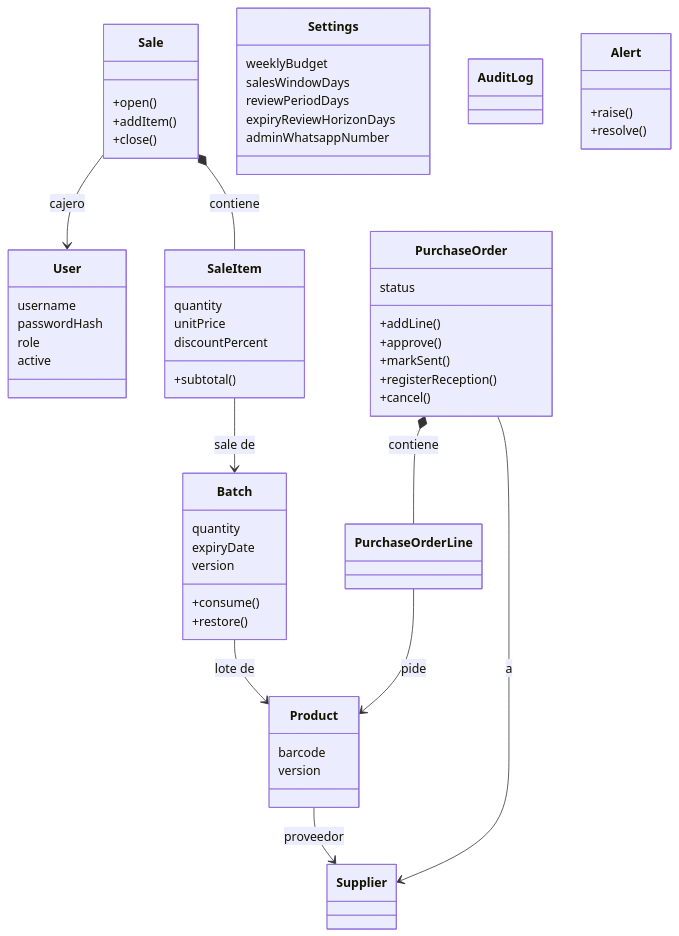
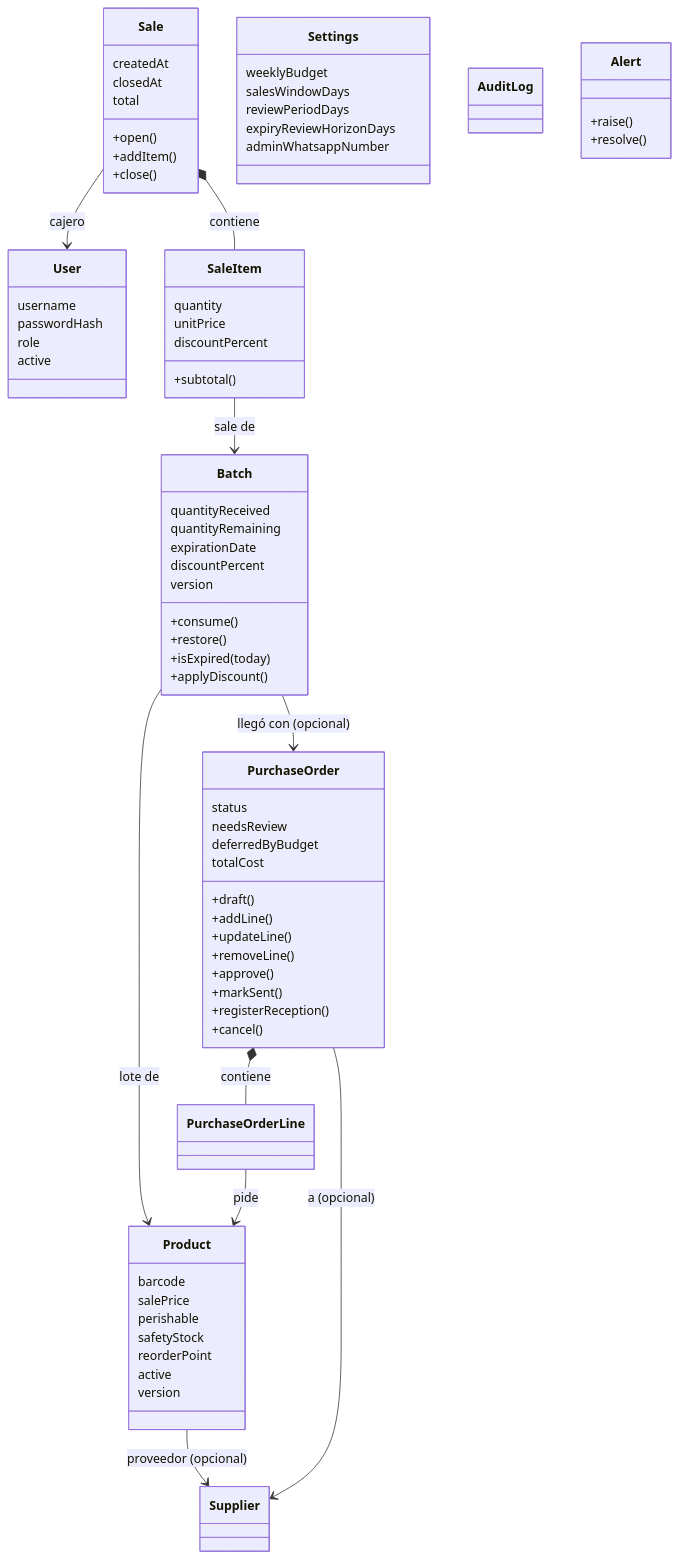
One commit to luduarte23/InventIQ changed the third of 7 diagrams in docs/arquitectura.md. Above: the diagram before and after it, drawn with Mermaid. The commit also changed other lines of this file, not shown here.

Commit message:
A11: align architecture document with the actual code

````diff
--- a/docs/arquitectura.md
+++ b/docs/arquitectura.md
@@ -112,62 +112,81 @@
 ```mermaid
 classDiagram
     class User {
         username
         passwordHash
         role
         active
     }
     class Supplier
     class Product {
         barcode
+        salePrice
+        perishable
+        safetyStock
+        reorderPoint
+        active
         version
     }
     class Batch {
-        quantity
-        expiryDate
+        quantityReceived
+        quantityRemaining
+        expirationDate
+        discountPercent
         version
         +consume()
         +restore()
+        +isExpired(today)
+        +applyDiscount()
     }
     class Sale {
+        createdAt
+        closedAt
+        total
         +open()
         +addItem()
         +close()
     }
     class SaleItem {
         quantity
         unitPrice
         discountPercent
         +subtotal()
     }
     class PurchaseOrder {
         status
+        needsReview
+        deferredByBudget
+        totalCost
+        +draft()
         +addLine()
+        +updateLine()
+        +removeLine()
         +approve()
         +markSent()
         +registerReception()
         +cancel()
     }
     class PurchaseOrderLine
     class Settings {
         weeklyBudget
         salesWindowDays
         reviewPeriodDays
         expiryReviewHorizonDays
         adminWhatsappNumber
     }
     class AuditLog
     class Alert {
         +raise()
         +resolve()
     }
 
-    Product --> Supplier : proveedor
+    Product --> Supplier : proveedor (opcional)
     Batch --> Product : lote de
+    Batch --> PurchaseOrder : llegó con (opcional)
     Sale *-- SaleItem : contiene
     SaleItem --> Batch : sale de
     Sale --> User : cajero
     PurchaseOrder *-- PurchaseOrderLine : contiene
-    PurchaseOrder --> Supplier : a
+    PurchaseOrder --> Supplier : a (opcional)
     PurchaseOrderLine --> Product : pide
 ```
````
